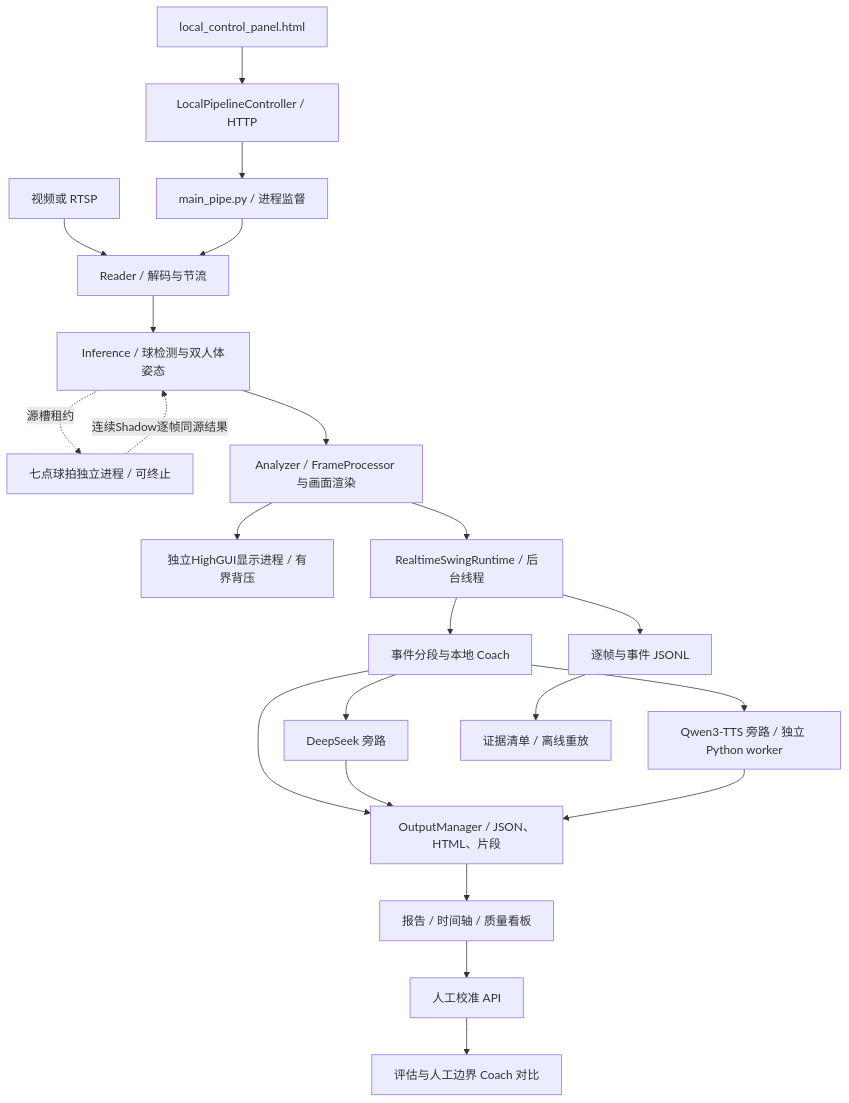
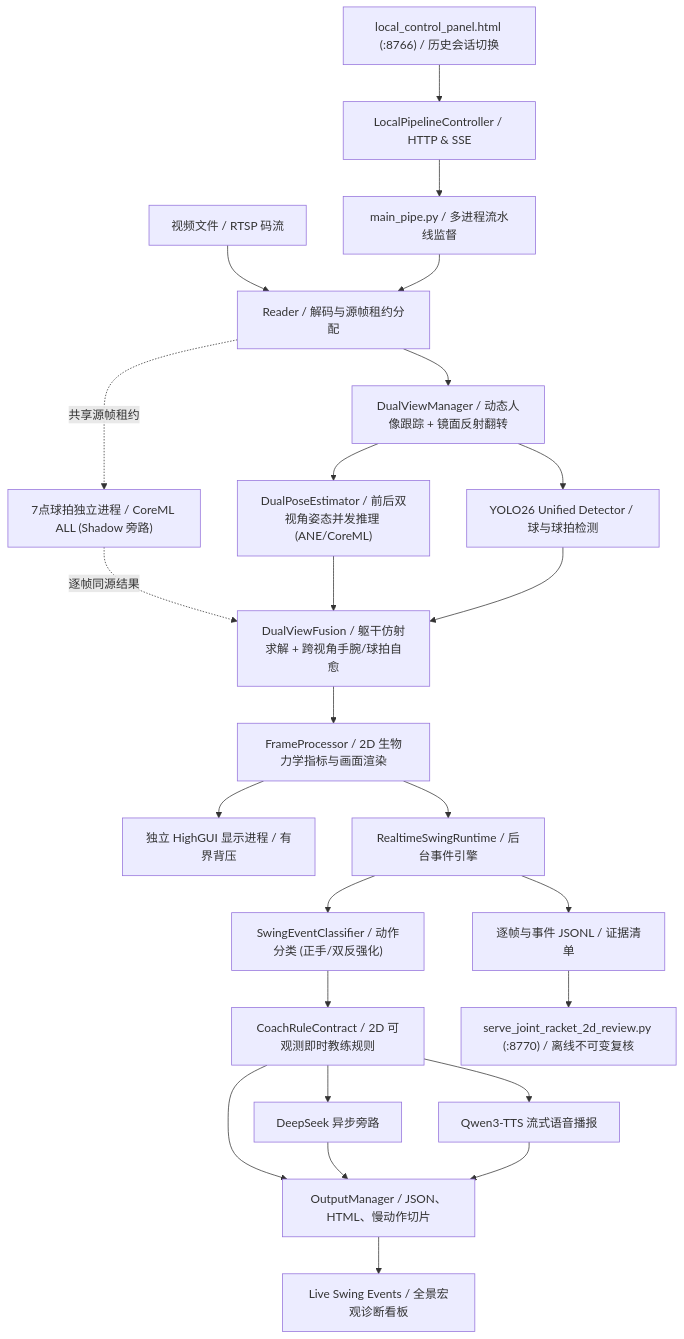
The diagram in docs/SYSTEM_DESIGN.md (krumm2012/hehaa-pose), drawn with Mermaid before and after one commit. The commit also changed other lines of this file and 2 other files, not shown here.

Commit message:
docs: update system architecture, algo 2.0 dual-view, and README to 2026-11-15 baseline

````diff
--- a/docs/SYSTEM_DESIGN.md
+++ b/docs/SYSTEM_DESIGN.md
@@ -13,24 +17,27 @@
 ```mermaid
 flowchart TD
-  UI[local_control_panel.html] --> HTTP[LocalPipelineController / HTTP]
-  HTTP --> P[main_pipe.py / 进程监督]
-  V[视频或 RTSP] --> R[Reader / 解码与节流]
+  UI["local_control_panel.html (:8766) / 历史会话切换"] --> HTTP["LocalPipelineController / HTTP & SSE"]
+  HTTP --> P["main_pipe.py / 多进程流水线监督"]
+  V["视频文件 / RTSP 码流"] --> R["Reader / 解码与源帧租约分配"]
   P --> R
-  R --> I[Inference / 球检测与双人体姿态]
-  I -. 源槽租约 .-> K[七点球拍独立进程 / 可终止]
-  K -. 连续Shadow逐帧同源结果 .-> I
-  I --> A[Analyzer / FrameProcessor 与画面渲染]
-  A --> W[独立HighGUI显示进程 / 有界背压]
-  A --> RT[RealtimeSwingRuntime / 后台线程]
-  RT --> E[事件分段与本地 Coach]
-  E --> O[OutputManager / JSON、HTML、片段]
-  E --> D[DeepSeek 旁路]
-  E --> T[Qwen3-TTS 旁路 / 独立 Python worker]
-  D --> O
-  T --> O
-  O --> H[报告 / 时间轴 / 质量看板]
-  H --> M[人工校准 API]
-  M --> C[评估与人工边界 Coach 对比]
-  RT --> J[逐帧与事件 JSONL]
-  J --> B[证据清单 / 离线重放]
+  R --> DVM["DualViewManager / 动态人像跟踪 + 镜面反射翻转"]
+  DVM --> I["DualPoseEstimator / 前后双视角姿态并发推理 (ANE/CoreML)"]
+  DVM --> YD["YOLO26 Unified Detector / 球与球拍检测"]
+  R -. 共享源帧租约 .-> K["7点球拍独立进程 / CoreML ALL (Shadow 旁路)"]
+  K -. 逐帧同源结果 .-> DVF
+  I --> DVF["DualViewFusion / 躯干仿射求解 + 跨视角手腕/球拍自愈"]
+  YD --> DVF
+  DVF --> A["FrameProcessor / 2D 生物力学指标与画面渲染"]
+  A --> W["独立 HighGUI 显示进程 / 有界背压"]
+  A --> RT["RealtimeSwingRuntime / 后台事件引擎"]
+  RT --> E["SwingEventClassifier / 动作分类 (正手/双反强化)"]
+  E --> CR["CoachRuleContract / 2D 可观测即时教练规则"]
+  CR --> O["OutputManager / JSON、HTML、慢动作切片"]
+  CR --> LLM["DeepSeek 异步旁路"]
+  CR --> TTS["Qwen3-TTS 流式语音播报"]
+  LLM --> O
+  TTS --> O
+  O --> H["Live Swing Events / 全景宏观诊断看板"]
+  RT --> J["逐帧与事件 JSONL / 证据清单"]
+  J --> RV["serve_joint_racket_2d_review.py (:8770) / 离线不可变复核"]
 ```
````
